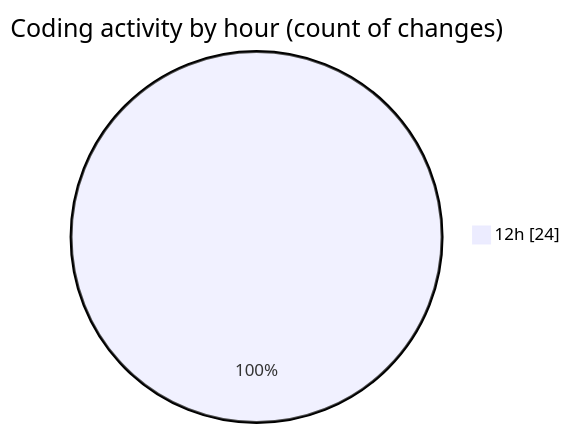
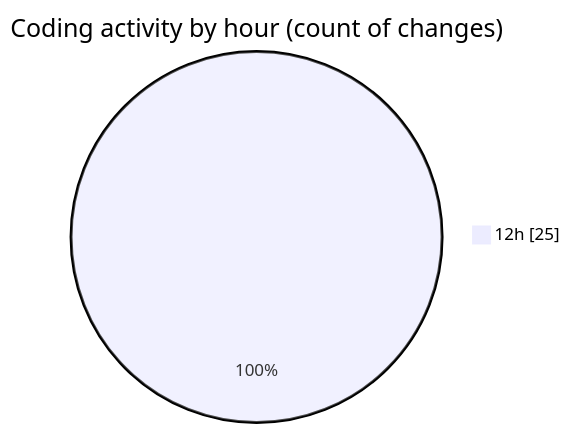
Before and after one commit to lephambinh05/code-tracking: the second of 2 diagrams in 2025-07-19/eduwallet-main/README.md, drawn with Mermaid. The commit also changed other lines of this file and 1 other file, not shown here.

````diff
--- a/2025-07-19/eduwallet-main/README.md
+++ b/2025-07-19/eduwallet-main/README.md
@@ -40,5 +41,5 @@
 ```mermaid
 pie showData
 title Coding activity by hour (count of changes)
-"12h" : 24
+"12h" : 25
 ```
````
